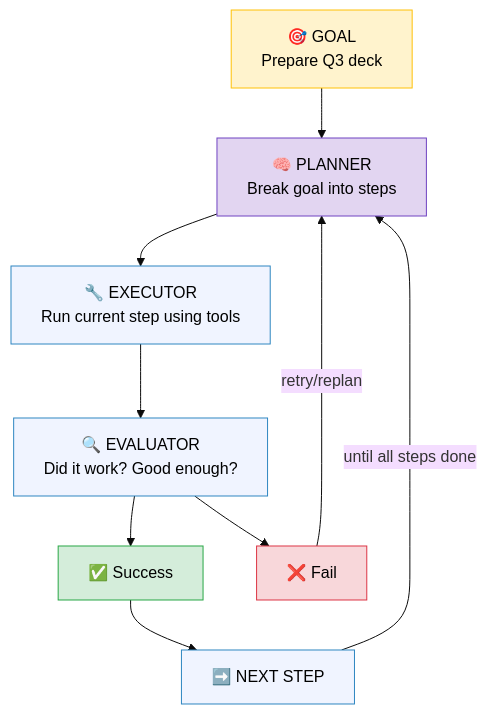
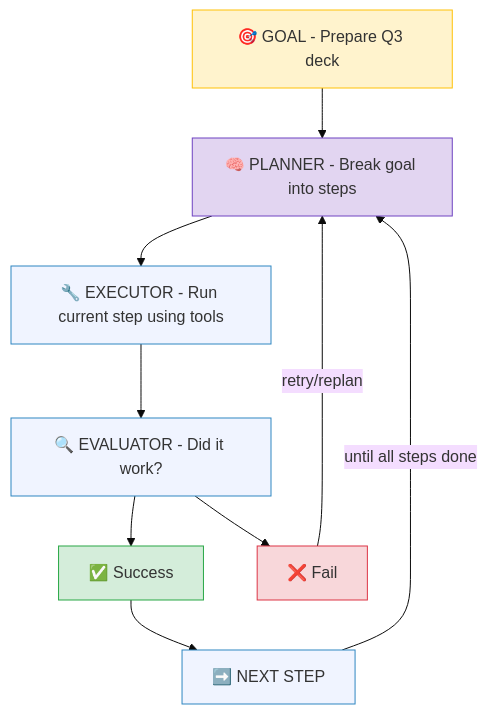
Before and after one commit to ithinktavo/GenAI-Engineering-Handbook: the first of 7 diagrams in docs/07-agentic-ai.md, drawn with Mermaid (base theme). The commit also changed other lines of this file and 9 other files, not shown here.

First line of the commit message:
Fix Mermaid rendering: remove emoji from subgraph titles and unsupported syntax

````diff
--- a/docs/07-agentic-ai.md
+++ b/docs/07-agentic-ai.md
@@ -63,27 +63,27 @@
 ```mermaid
 graph TD
-    Goal["🎯 GOAL\nPrepare Q3 deck"]
-    Planner["🧠 PLANNER\nBreak goal into steps"]
-    Executor["🔧 EXECUTOR\nRun current step using tools"]
-    Evaluator["🔍 EVALUATOR\nDid it work? Good enough?"]
+    Goal["🎯 GOAL - Prepare Q3 deck"]
+    Planner["🧠 PLANNER - Break goal into steps"]
+    Executor["🔧 EXECUTOR - Run current step using tools"]
+    Evaluator["🔍 EVALUATOR - Did it work?"]
     Success["✅ Success"]
     Fail["❌ Fail"]
     NextStep["➡️ NEXT STEP"]
 
     Goal --> Planner
     Planner --> Executor
     Executor --> Evaluator
     Evaluator --> Success
     Evaluator --> Fail
     Fail -- "retry/replan" --> Planner
     Success --> NextStep
     NextStep -- "until all steps done" --> Planner
 
-    style Goal fill:#fff3cd,stroke:#ffc107,color:#000
-    style Planner fill:#e2d5f1,stroke:#6f42c1,color:#000
-    style Executor fill:#f0f4ff,stroke:#2E86C1,color:#000
-    style Evaluator fill:#f0f4ff,stroke:#2E86C1,color:#000
-    style Success fill:#d4edda,stroke:#28a745,color:#000
-    style Fail fill:#f8d7da,stroke:#dc3545,color:#000
-    style NextStep fill:#f0f4ff,stroke:#2E86C1,color:#000
+    style Goal fill:#fff3cd,stroke:#ffc107
+    style Planner fill:#e2d5f1,stroke:#6f42c1
+    style Executor fill:#f0f4ff,stroke:#2E86C1
+    style Evaluator fill:#f0f4ff,stroke:#2E86C1
+    style Success fill:#d4edda,stroke:#28a745
+    style Fail fill:#f8d7da,stroke:#dc3545
+    style NextStep fill:#f0f4ff,stroke:#2E86C1
 ```
````
